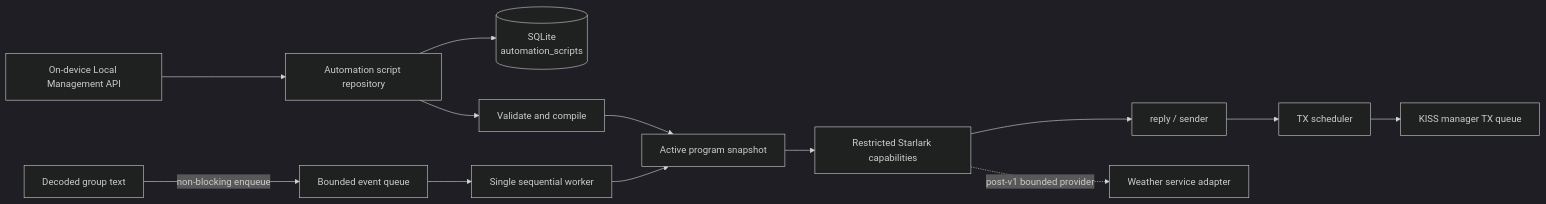
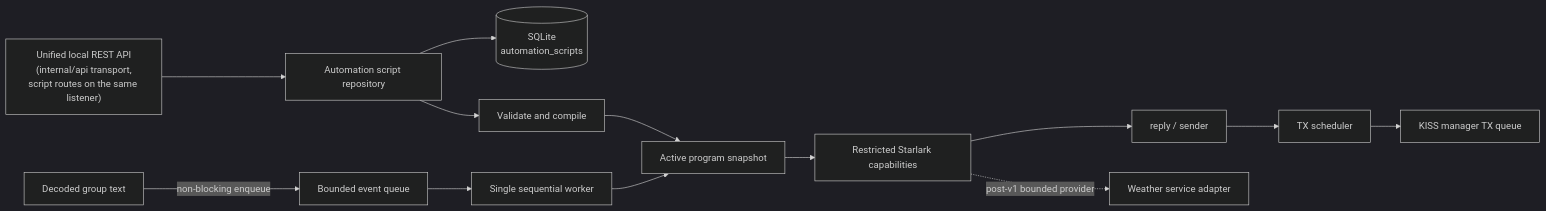
The third of 3 diagrams in docs/APP_STRUCTURE.md (MauriceKremer/kam), drawn with Mermaid (dark theme) before and after one commit. The commit also changed other lines of this file and 11 other files, not shown here.

````diff
--- a/docs/APP_STRUCTURE.md
+++ b/docs/APP_STRUCTURE.md
@@ -127,12 +135,12 @@
 ```mermaid
 flowchart LR
-    API["On-device Local Management API"] --> Repo["Automation script repository"]
+    API["Unified local REST API<br/>(internal/api transport,\nscript routes on the same listener)"] --> Repo["Automation script repository"]
     Repo --> Scripts[("SQLite<br/>automation_scripts")]
     Repo --> Compile["Validate and compile"] --> Active["Active program snapshot"]
 
     GroupText["Decoded group text"] -->|"non-blocking enqueue"| Queue["Bounded event queue"]
     Queue --> Worker["Single sequential worker"] --> Active
     Active --> Host["Restricted Starlark capabilities"]
     Host --> Sender["reply / sender"] --> Sched["TX scheduler"] --> KISS["KISS manager TX queue"]
     Host -. "post-v1 bounded provider" .-> Weather["Weather service adapter"]
 ```
````
